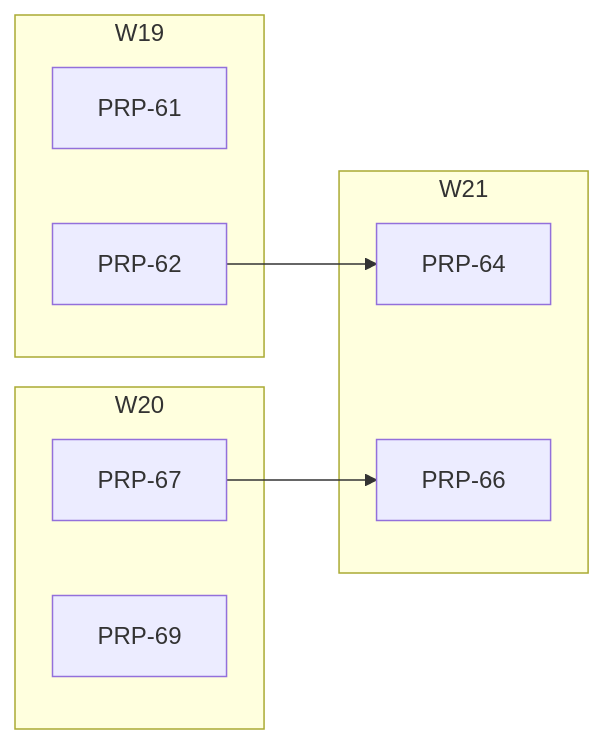
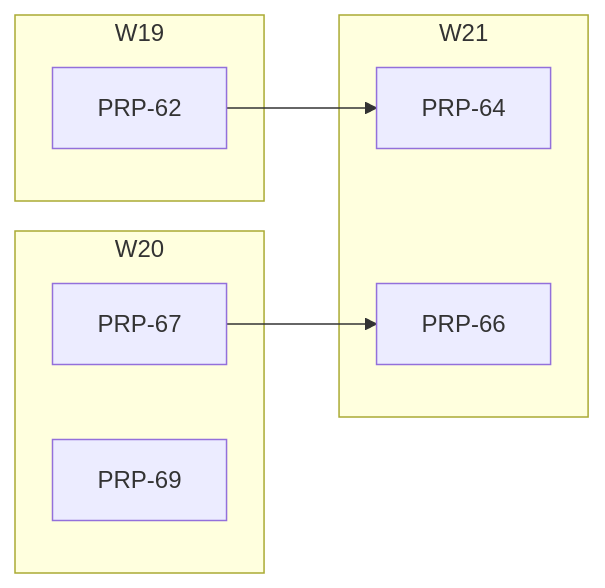
The diagram in PRPs/EXECUTION-PLAN.md (fgarofalo56/neurosphere), drawn with Mermaid before and after one commit. The commit also changed other lines of this file and 11 other files, not shown here.

````diff
--- a/PRPs/EXECUTION-PLAN.md
+++ b/PRPs/EXECUTION-PLAN.md
@@ -84,17 +83,16 @@
 ```mermaid
 flowchart LR
   subgraph W19
-    P61["PRP-61"]
     P62["PRP-62"]
   end
   subgraph W20
     P67["PRP-67"]
     P69["PRP-69"]
   end
   subgraph W21
     P64["PRP-64"]
     P66["PRP-66"]
   end
   P62 --> P64
   P67 --> P66
 ```
````
